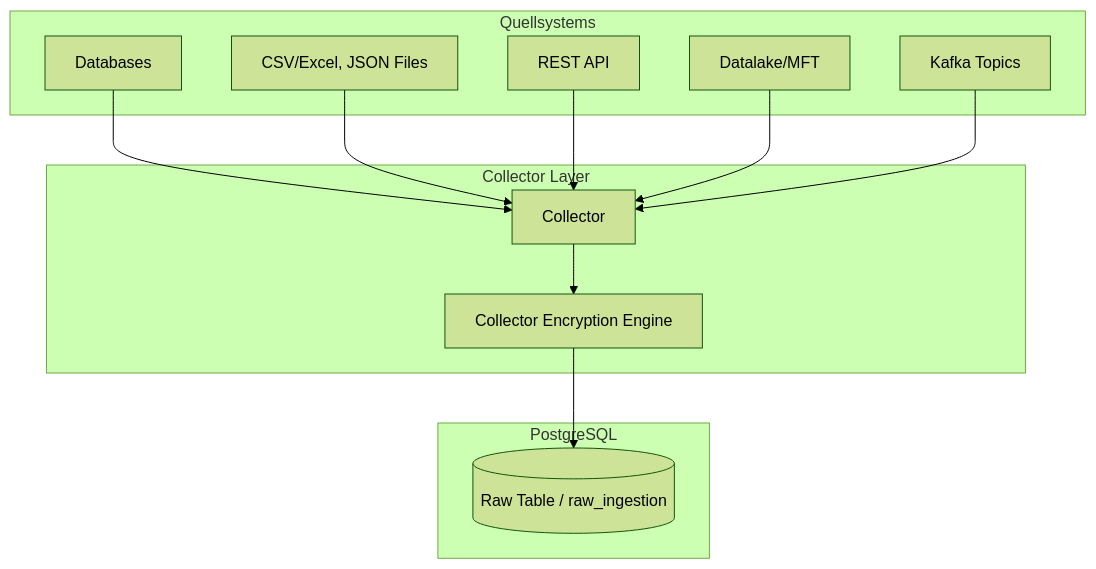
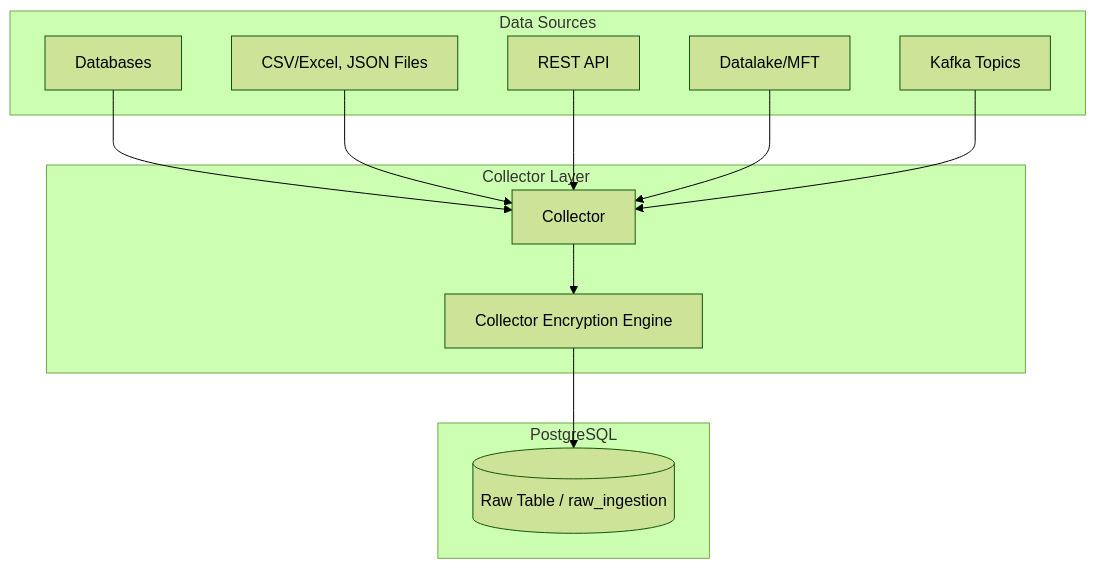
Before and after one commit to Zheng-Bote/mitm-2: the diagram in collector-layer/README.md, drawn with Mermaid (forest theme).

Commit message:
Update README to clarify data source terminology

````diff
--- a/collector-layer/README.md
+++ b/collector-layer/README.md
@@ -11,25 +11,25 @@
 ```mermaid
 flowchart TD
-    subgraph SourceSystems[Quellsystems]
+    subgraph SourceSystems[Data Sources]
         ORA[Databases]
         CSV[CSV/Excel, JSON Files]
         API[REST API]
         MFT[Datalake/MFT]
         KAFKA[Kafka Topics]
     end
 
     subgraph CollectorLayer[Collector Layer]
         C[Collector] --> ENC1[Collector Encryption Engine]
     end
 
     subgraph DB[PostgreSQL]
         RAW[(Raw Table / raw_ingestion)]
     end
 
     ORA --> C
     CSV --> C
     API --> C
     MFT --> C
     KAFKA --> C
     ENC1 --> RAW
 ```
````
